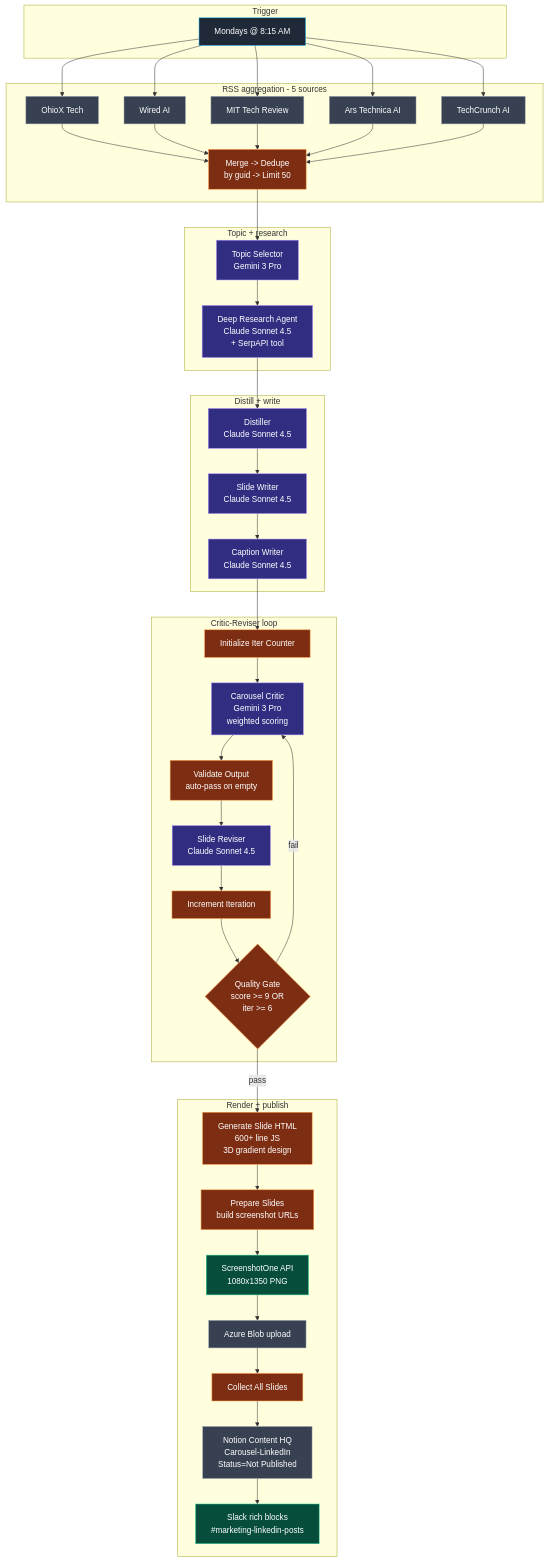
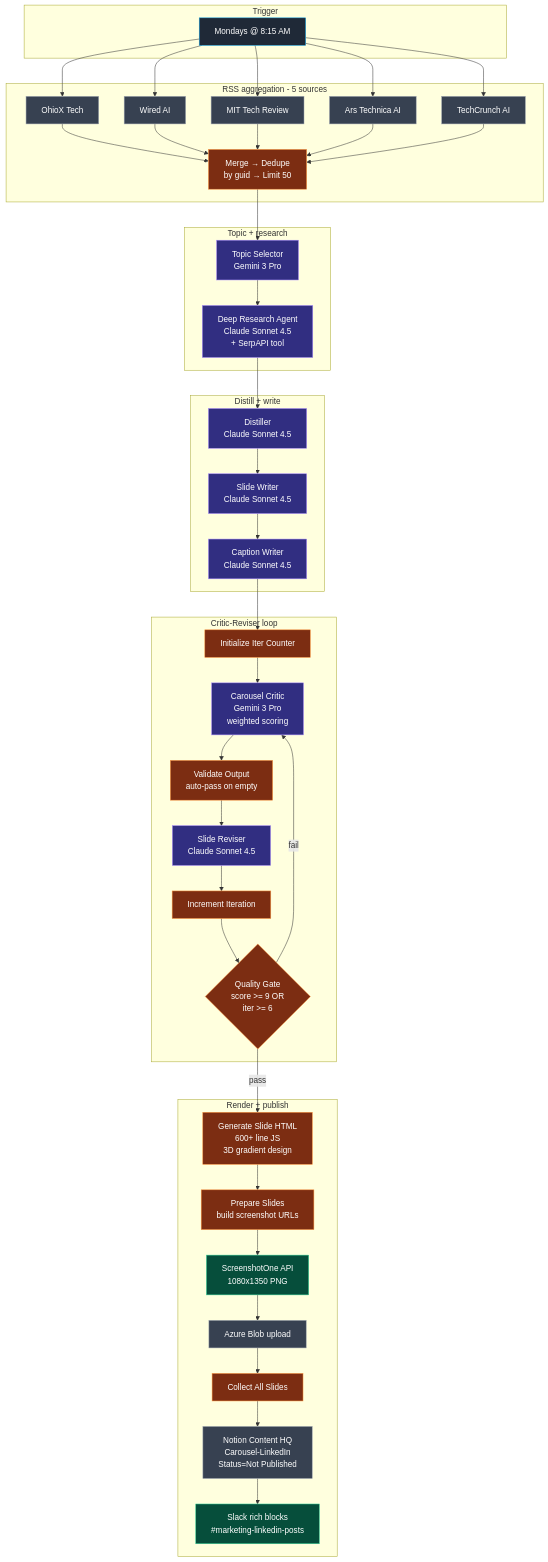
One commit to Talonsturgill/Automations changed the diagram in docs/workflows/transform-labs-linkedin-carousel.md. Above: the diagram before and after it, drawn with Mermaid. The commit also changed other lines of this file and 12 other files, not shown here.

First line of the commit message:
Add docs CI + fix every Mermaid diagram and dead link in the repo (#6)

````diff
--- a/docs/workflows/transform-labs-linkedin-carousel.md
+++ b/docs/workflows/transform-labs-linkedin-carousel.md
@@ -15,57 +15,57 @@
 ```mermaid
 flowchart TB
-    subgraph trig[Trigger]
-        T[Mondays @ 8:15 AM]:::trigger
+    subgraph trig["Trigger"]
+        T["Mondays @ 8:15 AM"]:::trigger
     end
 
-    subgraph rss[RSS aggregation - 5 sources]
-        R1[OhioX Tech]:::data
-        R2[Wired AI]:::data
-        R3[MIT Tech Review]:::data
-        R4[Ars Technica AI]:::data
-        R5[TechCrunch AI]:::data
-        MERGE[Merge -> Dedupe<br/>by guid -> Limit 50]:::core
+    subgraph rss["RSS aggregation - 5 sources"]
+        R1["OhioX Tech"]:::data
+        R2["Wired AI"]:::data
+        R3["MIT Tech Review"]:::data
+        R4["Ars Technica AI"]:::data
+        R5["TechCrunch AI"]:::data
+        MERGE["Merge → Dedupe<br/>by guid → Limit 50"]:::core
     end
 
-    subgraph pick[Topic + research]
-        TS[Topic Selector<br/>Gemini 3 Pro]:::ai
-        RES[Deep Research Agent<br/>Claude Sonnet 4.5<br/>+ SerpAPI tool]:::ai
+    subgraph pick["Topic + research"]
+        TS["Topic Selector<br/>Gemini 3 Pro"]:::ai
+        RES["Deep Research Agent<br/>Claude Sonnet 4.5<br/>+ SerpAPI tool"]:::ai
     end
 
-    subgraph write[Distill + write]
-        DIS[Distiller<br/>Claude Sonnet 4.5]:::ai
-        SW[Slide Writer<br/>Claude Sonnet 4.5]:::ai
-        CW[Caption Writer<br/>Claude Sonnet 4.5]:::ai
+    subgraph write["Distill + write"]
+        DIS["Distiller<br/>Claude Sonnet 4.5"]:::ai
+        SW["Slide Writer<br/>Claude Sonnet 4.5"]:::ai
+        CW["Caption Writer<br/>Claude Sonnet 4.5"]:::ai
     end
 
-    subgraph loop[Critic-Reviser loop]
-        INIT[Initialize Iter Counter]:::core
-        CRIT[Carousel Critic<br/>Gemini 3 Pro<br/>weighted scoring]:::ai
-        VAL[Validate Output<br/>auto-pass on empty]:::core
-        REV[Slide Reviser<br/>Claude Sonnet 4.5]:::ai
-        INC[Increment Iteration]:::core
-        QG{Quality Gate<br/>score >= 9 OR<br/>iter >= 6}:::core
+    subgraph loop["Critic-Reviser loop"]
+        INIT["Initialize Iter Counter"]:::core
+        CRIT["Carousel Critic<br/>Gemini 3 Pro<br/>weighted scoring"]:::ai
+        VAL["Validate Output<br/>auto-pass on empty"]:::core
+        REV["Slide Reviser<br/>Claude Sonnet 4.5"]:::ai
+        INC["Increment Iteration"]:::core
+        QG{"Quality Gate<br/>score >= 9 OR<br/>iter >= 6"}:::core
     end
 
-    subgraph render[Render + publish]
-        HTML[Generate Slide HTML<br/>600+ line JS<br/>3D gradient design]:::core
-        PREP[Prepare Slides<br/>build screenshot URLs]:::core
-        SHOT[ScreenshotOne API<br/>1080x1350 PNG]:::out
-        BLOB[Azure Blob upload]:::data
-        COLL[Collect All Slides]:::core
-        NOT[Notion Content HQ<br/>Carousel-LinkedIn<br/>Status=Not Published]:::data
-        SLACK[Slack rich blocks<br/>#marketing-linkedin-posts]:::out
+    subgraph render["Render + publish"]
+        HTML["Generate Slide HTML<br/>600+ line JS<br/>3D gradient design"]:::core
+        PREP["Prepare Slides<br/>build screenshot URLs"]:::core
+        SHOT["ScreenshotOne API<br/>1080x1350 PNG"]:::out
+        BLOB["Azure Blob upload"]:::data
+        COLL["Collect All Slides"]:::core
+        NOT["Notion Content HQ<br/>Carousel-LinkedIn<br/>Status=Not Published"]:::data
+        SLACK["Slack rich blocks<br/>#marketing-linkedin-posts"]:::out
     end
 
     T --> R1 & R2 & R3 & R4 & R5 --> MERGE --> TS --> RES
     RES --> DIS --> SW --> CW --> INIT --> CRIT --> VAL --> REV --> INC --> QG
     QG -- pass --> HTML
     QG -- fail --> CRIT
     HTML --> PREP --> SHOT --> BLOB --> COLL --> NOT --> SLACK
 
     classDef trigger fill:#1f2937,color:#fff,stroke:#0ea5e9
     classDef core fill:#7c2d12,color:#fff,stroke:#fb923c
     classDef ai fill:#312e81,color:#fff,stroke:#a78bfa
     classDef data fill:#374151,color:#fff,stroke:#9ca3af
     classDef out fill:#064e3b,color:#fff,stroke:#34d399
 ```
````
